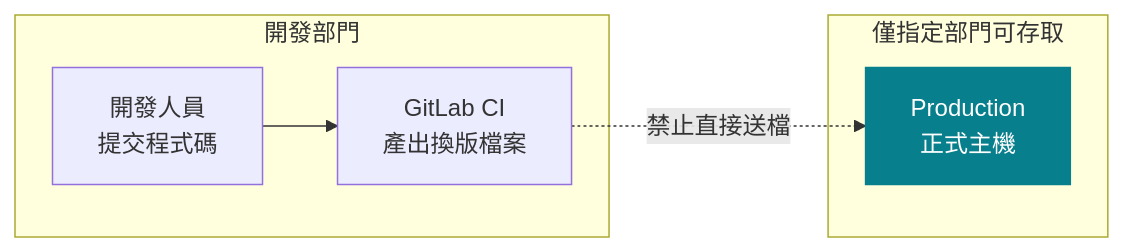
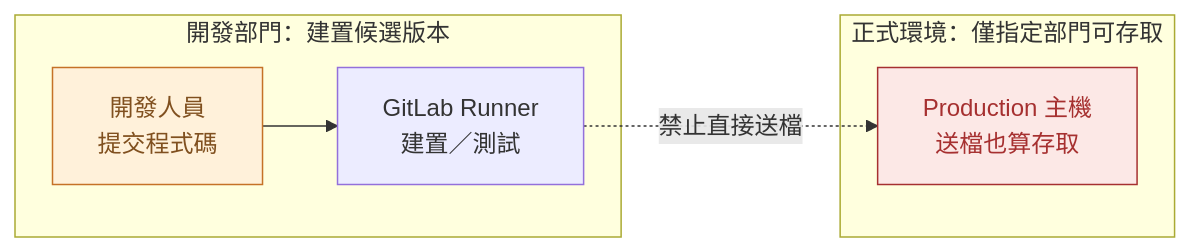
The first of 5 diagrams in docs/presentations/windows-cd-initial-plan.md (cyljacky02/gitlab-win-cicd), drawn with Mermaid before and after one commit. The commit also changed other lines of this file and 28 other files, not shown here.

Commit message:
docs: simplify Windows deployment proposal with event-driven ADO architecture

````diff
--- a/docs/presentations/windows-cd-initial-plan.md
+++ b/docs/presentations/windows-cd-initial-plan.md
@@ -17,20 +38,23 @@
 ```mermaid
 flowchart LR
 %% @name production-boundary
 %% @lane dev 0 0 420 260
 %% @lane prod 465 0 415 260
-subgraph dev["開發部門"]
+subgraph dev["開發部門：建置候選版本"]
  A["開發人員<br/>提交程式碼"]
- B["GitLab CI<br/>產出換版檔案"]
+ B["GitLab Runner<br/>建置／測試"]
 end
-subgraph prod["僅指定部門可存取"]
- C["Production<br/>正式主機"]
+subgraph prod["正式環境：僅指定部門可存取"]
+ C["Production 主機<br/>送檔也算存取"]
 end
-%% @node A 25 95 160 80
-%% @node B 225 95 165 80
-%% @node C 615 95 200 80
+%% @node A 20 95 170 80
+%% @node B 225 95 175 80
+%% @node C 555 95 295 80
+%% @label B C 403 55 155
 A --> B
 B -.->|"禁止直接送檔"| C
-class C target
-classDef target fill:#087F8C,color:#ffffff,stroke:#087F8C
+class A control
+class C blocked
+classDef control fill:#FFF1DA,color:#80501F,stroke:#C57227
+classDef blocked fill:#FCE8E6,color:#A63030,stroke:#A63030
 ```
````
